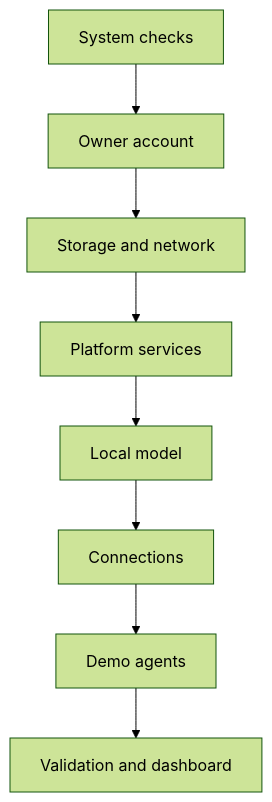
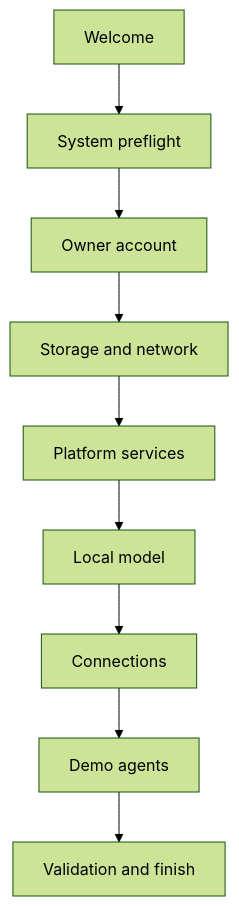
The second of 2 diagrams in README.md (nikhil-ghind/crewquarters), drawn with Mermaid (forest theme) before and after one commit. The commit also changed other lines of this file and 1 other file, not shown here.

Commit message:
Resolve plan gaps: time limits, profiles, callbacks, LAN mode, state machines, secrets, table ownership, Must/Should checklist
- Split run time limits into activeTimeoutSeconds and maxInputWaitSeconds
- Define model profile family/variant resolution
- Route Google/Twilio callback paths from proxy to capability broker
- Headless install enables HTTPS LAN mode with setup code
- Complete run state machine (LOADING_MODEL, INTERRUPTED, cancel, retry)
- Complete model state machine (runtime crash, drain-to-ready, delete)
- Model gateway decrypts OpenAI/Anthropic keys itself; no plaintext between services
- Add per-table ownership list
- Tag final checklist items Must/Should and tie go/no-go to Must items
- Align README setup wizard steps with PLAN section 13.4

````diff
--- a/README.md
+++ b/README.md
@@ -113,10 +113,11 @@
 ```mermaid
 flowchart TB
-    A["System checks"] --> B["Owner account"]
-    B --> C["Storage and network"]
-    C --> D["Platform services"]
-    D --> E["Local model"]
-    E --> F["Connections"]
-    F --> G["Demo agents"]
-    G --> H["Validation and dashboard"]
+    A["Welcome"] --> B["System preflight"]
+    B --> C["Owner account"]
+    C --> D["Storage and network"]
+    D --> E["Platform services"]
+    E --> F["Local model"]
+    F --> G["Connections"]
+    G --> H["Demo agents"]
+    H --> I["Validation and finish"]
 ```
````
